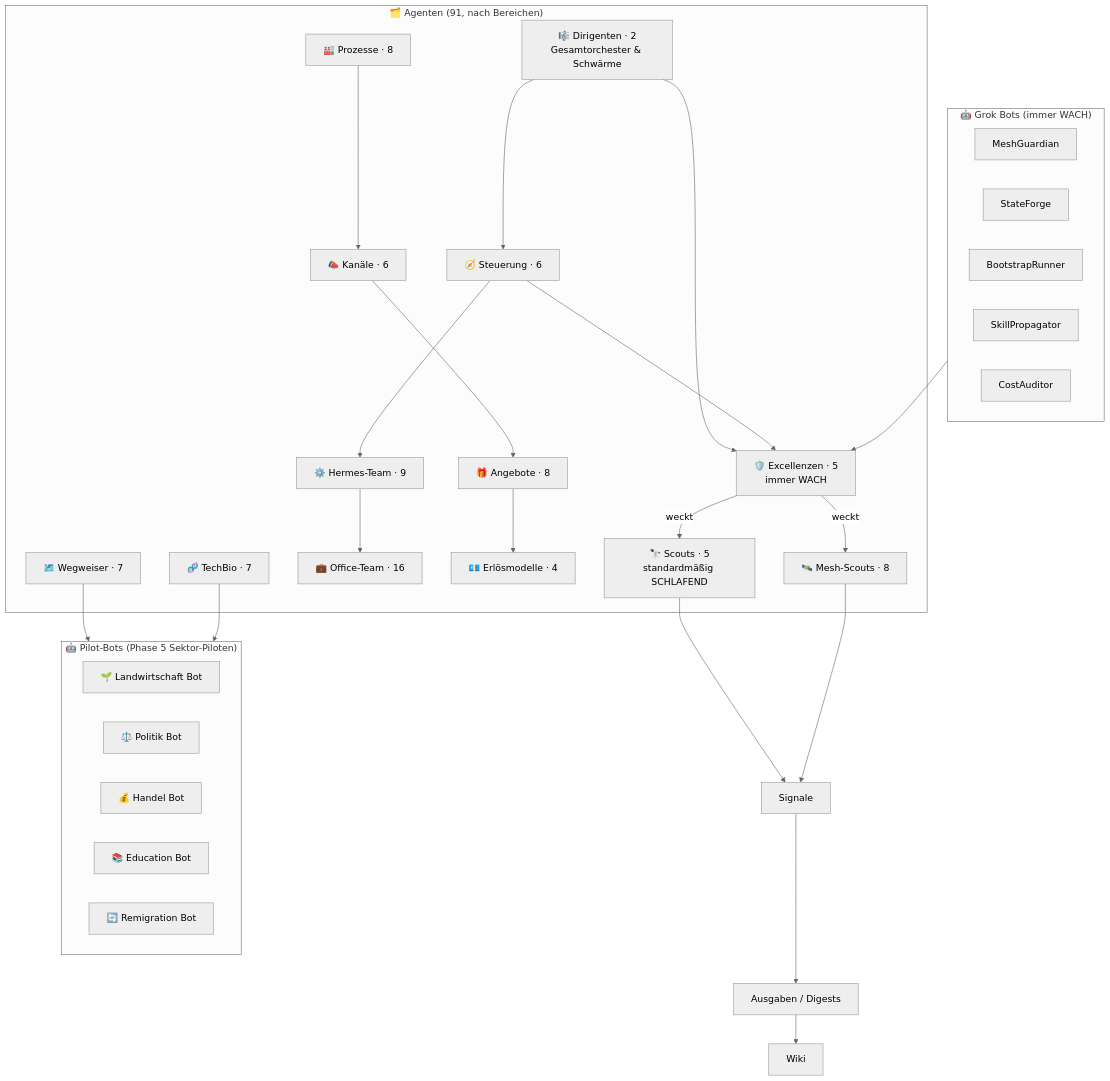
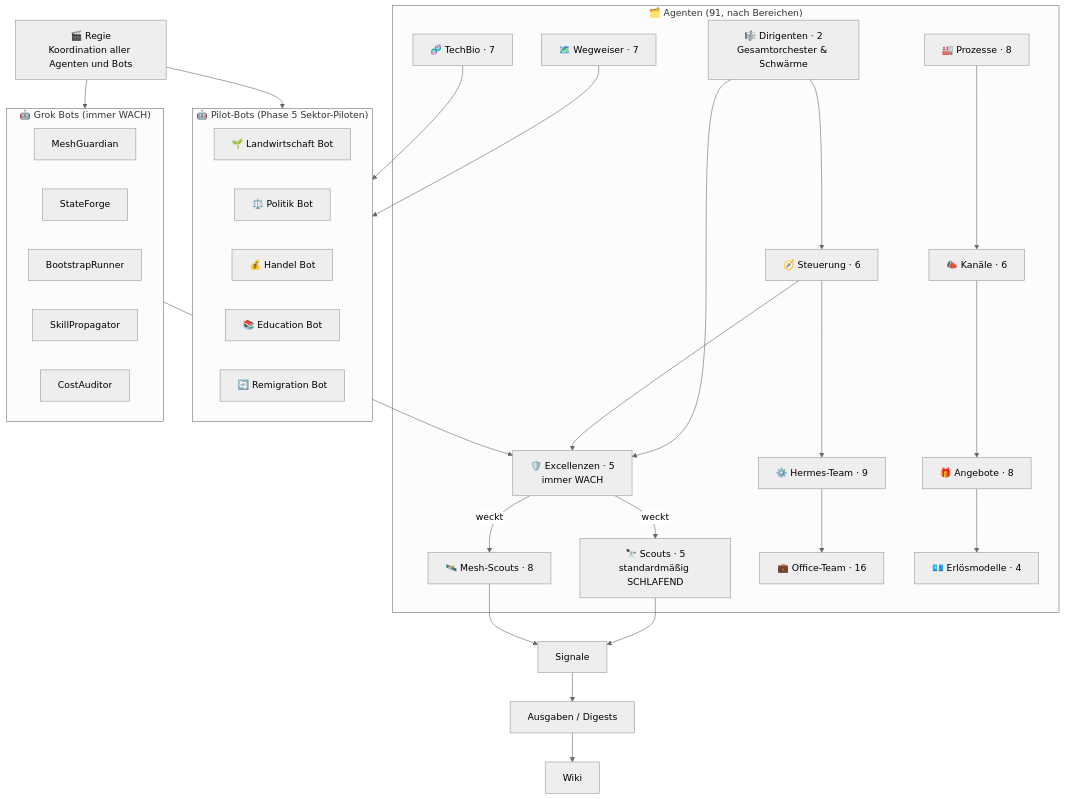
One commit to Rosary-mom/worldmonitor changed the diagram in public/rosary-atlas/00-Organigramm-Mermaid.md. Above: the diagram before and after it, drawn with Mermaid (neutral theme). The commit also changed other lines of this file and 1 other file, not shown here.

Commit message:
ROSARY-ATLAS: Regie (Koordination aller Agenten und Bots) in Organigramm und README ergänzt, Stand 19.10.2026

````diff
--- a/public/rosary-atlas/00-Organigramm-Mermaid.md
+++ b/public/rosary-atlas/00-Organigramm-Mermaid.md
@@ -5,52 +5,56 @@
 ```mermaid
 graph TD
+    RG["🎬 Regie<br/>Koordination aller Agenten und Bots"]
+
     subgraph GrokBots["🤖 Grok Bots (immer WACH)"]
         GB1[MeshGuardian]
         GB2[StateForge]
         GB3[BootstrapRunner]
         GB4[SkillPropagator]
         GB5[CostAuditor]
     end
 
     subgraph PilotBots["🤖 Pilot-Bots (Phase 5 Sektor-Piloten)"]
         PB1[🌱 Landwirtschaft Bot]
         PB2[⚖️ Politik Bot]
         PB3[💰 Handel Bot]
         PB4[📚 Education Bot]
         PB5[🔄 Remigration Bot]
     end
 
     subgraph Agenten["🗂️ Agenten (91, nach Bereichen)"]
         EX["🛡️ Excellenzen · 5<br/>immer WACH"]
         DI["🎼 Dirigenten · 2<br/>Gesamtorchester & Schwärme"]
         ST["🧭 Steuerung · 6"]
         SC["🔭 Scouts · 5<br/>standardmäßig SCHLAFEND"]
         MS["🛰️ Mesh-Scouts · 8"]
         HT["⚙️ Hermes-Team · 9"]
         OT["💼 Office-Team · 16"]
         PR["🏭 Prozesse · 8"]
         KA["📣 Kanäle · 6"]
         AN["🎁 Angebote · 8"]
         ER["💶 Erlösmodelle · 4"]
         WE["🗺️ Wegweiser · 7"]
         TB["🧬 TechBio · 7"]
     end
 
     DI --> ST
     DI --> EX
     ST --> EX
     EX -->|weckt| SC
     EX -->|weckt| MS
+    RG --> GrokBots
+    RG --> PilotBots
     GrokBots --> EX
     ST --> HT
     HT --> OT
     SC --> SIG[Signale]
     MS --> SIG
     SIG --> SHIP[Ausgaben / Digests]
     SHIP --> WIKI[Wiki]
     PR --> KA
     KA --> AN
     AN --> ER
     WE --> PilotBots
     TB --> PilotBots
 ```
````
